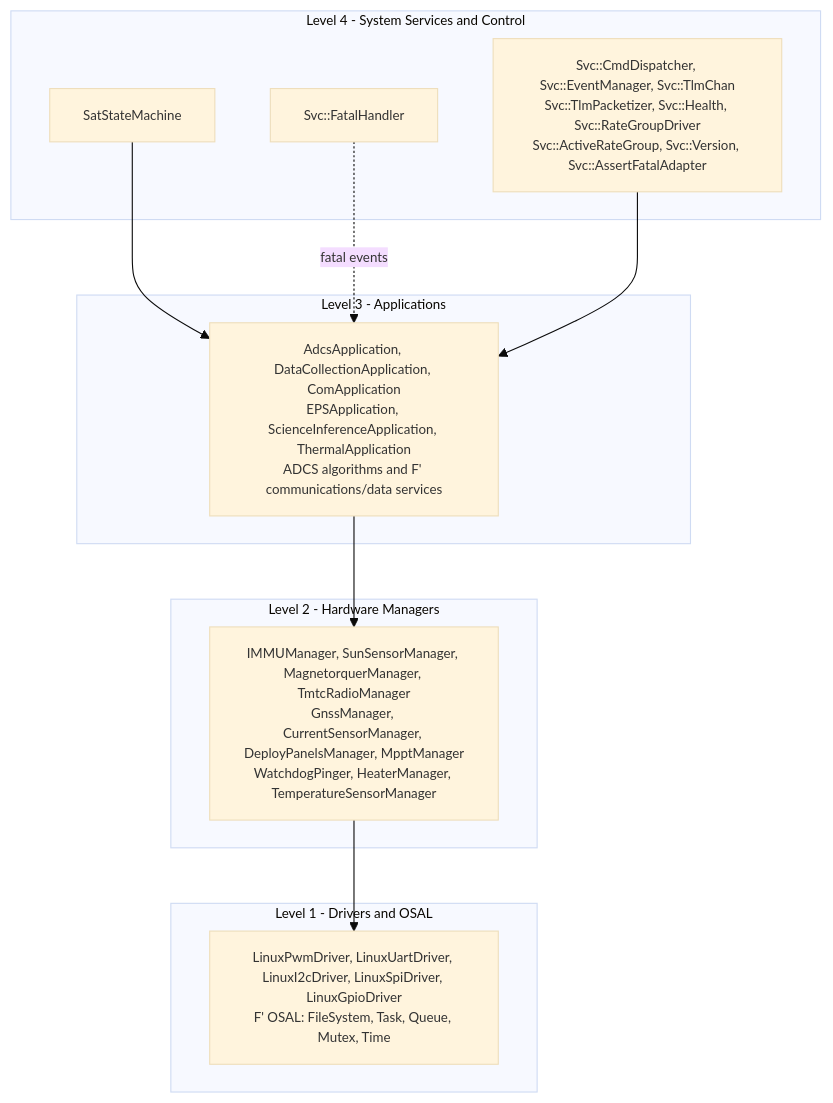
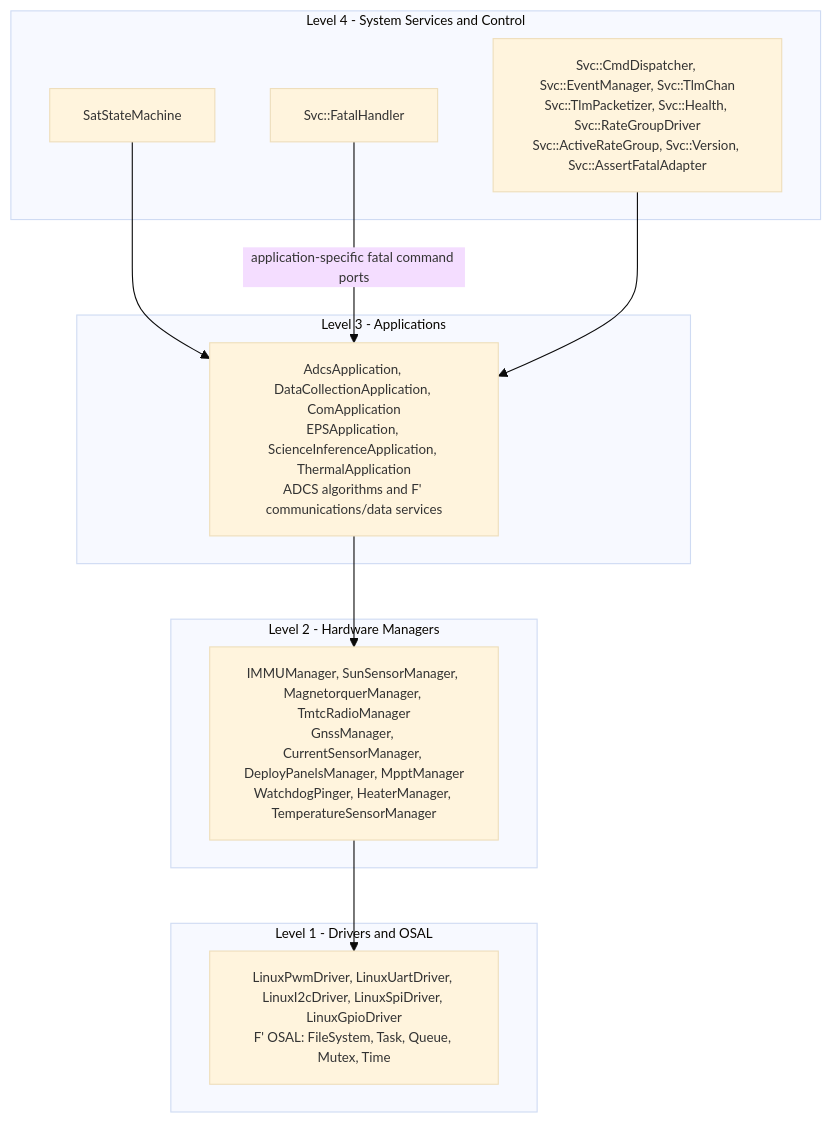
The diagram in docs/Reference/Introduction/SoftwareTopology.qmd (UWCubeSat/hs2-software-design), drawn with Mermaid before and after one commit. The commit also changed 9 other files, not shown here.

````diff
--- a/docs/Reference/Introduction/SoftwareTopology.qmd
+++ b/docs/Reference/Introduction/SoftwareTopology.qmd
@@ -7,27 +7,27 @@
 ```{mermaid}
 %%{init: {'theme': 'base', 'themeVariables': {'fontSize': '12px'}}}%%
 flowchart TB
     subgraph L4["Level 4 - System Services and Control"]
         SS["SatStateMachine"]
         FH["Svc::FatalHandler"]
         SYS["Svc::CmdDispatcher, Svc::EventManager, Svc::TlmChan<br/>Svc::TlmPacketizer, Svc::Health, Svc::RateGroupDriver<br/>Svc::ActiveRateGroup, Svc::Version, Svc::AssertFatalAdapter"]
     end
 
     subgraph L3["Level 3 - Applications"]
         APP["AdcsApplication, DataCollectionApplication, ComApplication<br/>EPSApplication, ScienceInferenceApplication, ThermalApplication<br/>ADCS algorithms and F' communications/data services"]
     end
 
     subgraph L2["Level 2 - Hardware Managers"]
         MGR["IMMUManager, SunSensorManager, MagnetorquerManager, TmtcRadioManager<br/>GnssManager, CurrentSensorManager, DeployPanelsManager, MpptManager<br/>WatchdogPinger, HeaterManager, TemperatureSensorManager"]
     end
 
     subgraph L1["Level 1 - Drivers and OSAL"]
         DRV["LinuxPwmDriver, LinuxUartDriver, LinuxI2cDriver, LinuxSpiDriver, LinuxGpioDriver<br/>F' OSAL: FileSystem, Task, Queue, Mutex, Time"]
     end
 
     SS --> APP
-    FH -. fatal events .-> APP
+    FH -->|application-specific fatal command ports| APP
     SYS --> APP
     APP --> MGR
     MGR --> DRV
 ```
````
